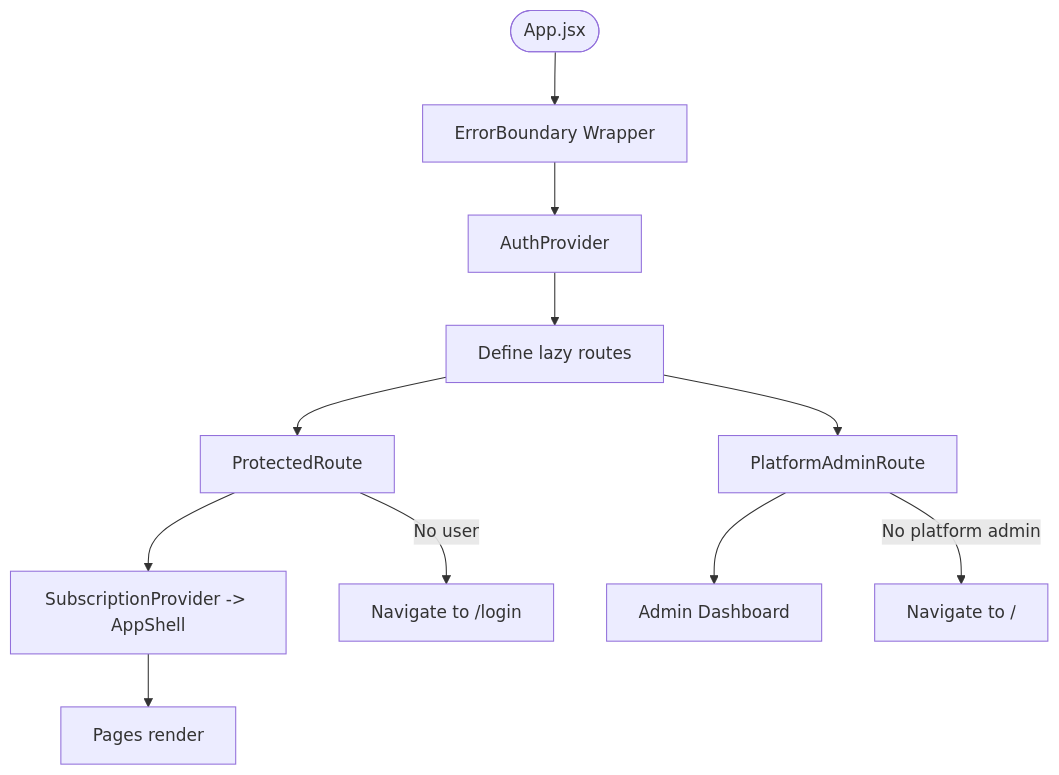
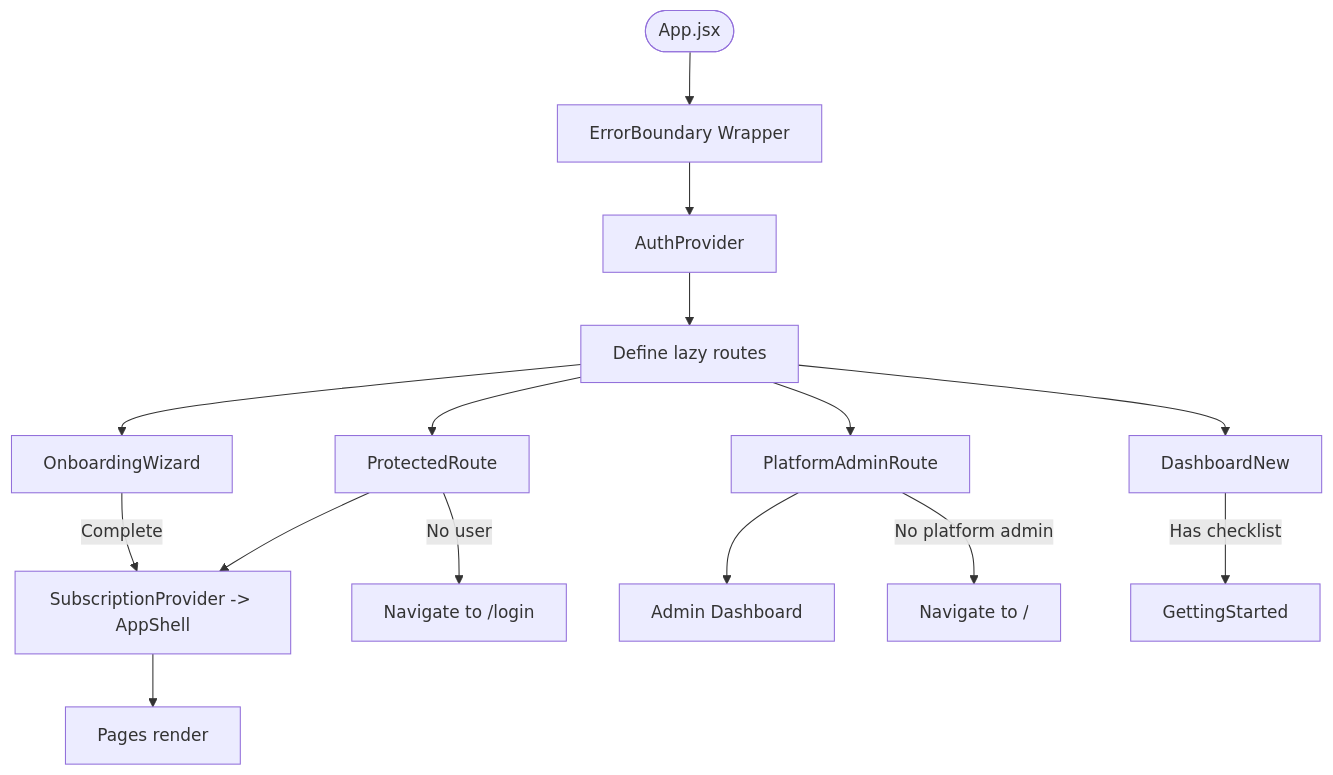
Before and after one commit to Revanththetalogics/aireume: diagram 31 of 45 in .qoder/repowiki/en/content/Frontend Architecture/Frontend Architecture.md, drawn with Mermaid. The commit also changed other lines of this file and 14 other files, not shown here.

````diff
--- a/.qoder/repowiki/en/content/Frontend Architecture/Frontend Architecture.md
+++ b/.qoder/repowiki/en/content/Frontend Architecture/Frontend Architecture.md
@@ -795,13 +1529,17 @@
 ```mermaid
 flowchart TD
 Start(["App.jsx"]) --> ErrorWrap["ErrorBoundary Wrapper"]
 ErrorWrap --> Auth["AuthProvider"]
 Auth --> Routes["Define lazy routes"]
 Routes --> Guard["ProtectedRoute"]
 Guard --> Shell["SubscriptionProvider -> AppShell"]
 Shell --> Pages["Pages render"]
 Guard --> |No user| Redirect["Navigate to /login"]
 Routes --> Admin["PlatformAdminRoute"]
 Admin --> AdminShell["Admin Dashboard"]
 Admin --> |No platform admin| Redirect2["Navigate to /"]
+Routes --> Onboarding["OnboardingWizard"]
+Onboarding --> |Complete| Shell
+Routes --> Dashboard["DashboardNew"]
+Dashboard --> |Has checklist| GettingStarted["GettingStarted"]
 ```
````
